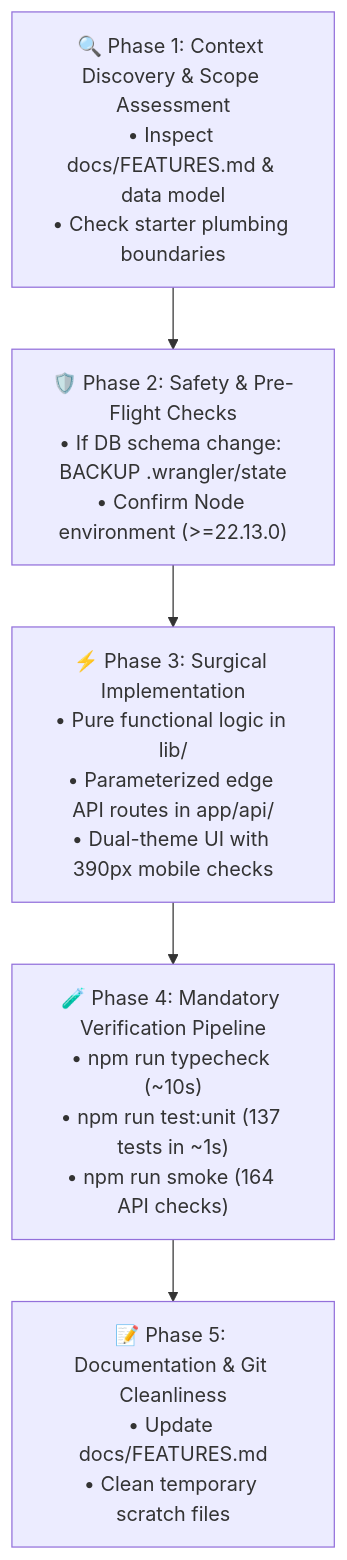
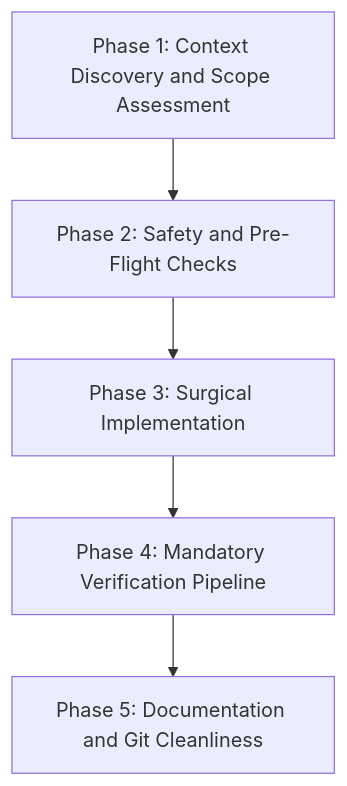
Before and after one commit to akazad13/pocket: the diagram in docs/AGENT_PLAYBOOK.md, drawn with Mermaid. The commit also changed 4 other files, not shown here.

Commit message:
fix(docs): resolve Mermaid parser syntax errors across documentation

````diff
--- a/docs/AGENT_PLAYBOOK.md
+++ b/docs/AGENT_PLAYBOOK.md
@@ -20,13 +20,13 @@
 ```mermaid
 flowchart TD
-    P1["🔍 Phase 1: Context Discovery & Scope Assessment<br/>• Inspect docs/FEATURES.md & data model<br/>• Check starter plumbing boundaries"]
-    P2["🛡️ Phase 2: Safety & Pre-Flight Checks<br/>• If DB schema change: BACKUP .wrangler/state<br/>• Confirm Node environment (>=22.13.0)"]
-    P3["⚡ Phase 3: Surgical Implementation<br/>• Pure functional logic in lib/<br/>• Parameterized edge API routes in app/api/<br/>• Dual-theme UI with 390px mobile checks"]
-    P4["🧪 Phase 4: Mandatory Verification Pipeline<br/>• npm run typecheck (~10s)<br/>• npm run test:unit (137 tests in ~1s)<br/>• npm run smoke (164 API checks)"]
-    P5["📝 Phase 5: Documentation & Git Cleanliness<br/>• Update docs/FEATURES.md<br/>• Clean temporary scratch files"]
+    P1["Phase 1: Context Discovery and Scope Assessment"]
+    P2["Phase 2: Safety and Pre-Flight Checks"]
+    P3["Phase 3: Surgical Implementation"]
+    P4["Phase 4: Mandatory Verification Pipeline"]
+    P5["Phase 5: Documentation and Git Cleanliness"]
 
     P1 --> P2
     P2 --> P3
     P3 --> P4
     P4 --> P5
 ```
````
